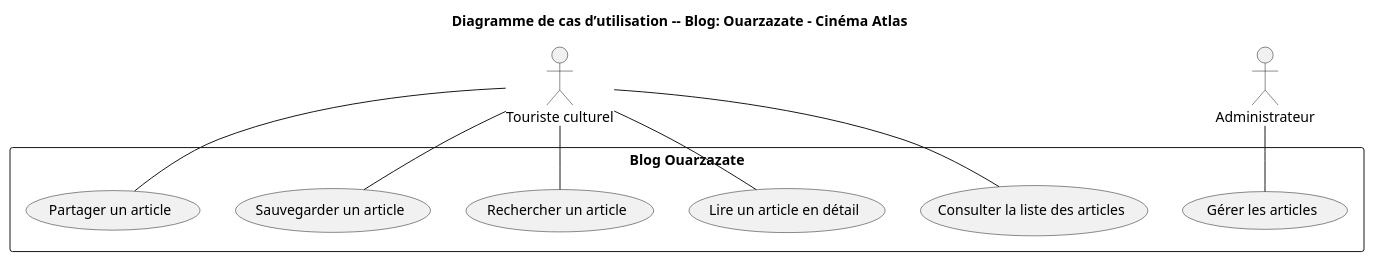
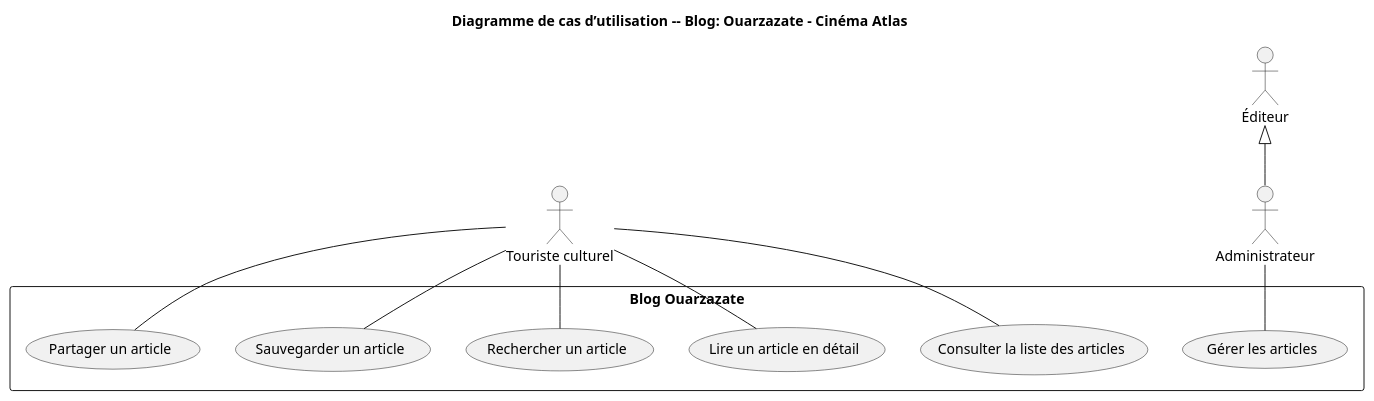
One commit to BENYEKHLEF-Anouar/Analyse-du-besoin changed the diagram in Fonctionnalités principales et cas d’utilisation/Diagramme-UML.puml. Above: the diagram before and after it, drawn with PlantUML.

Commit message:
Add inheritance relationship for Admin actor in UML diagram

```diff
--- a/Fonctionnalités principales et cas d’utilisation/Diagramme-UML.puml
+++ b/Fonctionnalités principales et cas d’utilisation/Diagramme-UML.puml
@@ -1,25 +1,26 @@
 @startuml
 title Diagramme de cas d’utilisation -- Blog: Ouarzazate - Cinéma Atlas
 
 actor "Touriste culturel" as Touriste
 actor "Administrateur" as Admin
+Éditeur <|--  Admin
 
 rectangle "Blog Ouarzazate" {
   
   (Consulter la liste des articles) as UC1
   (Lire un article en détail) as UC2
   (Rechercher un article) as UC3
   (Sauvegarder un article) as UC4
   (Partager un article) as UC5
   (Gérer les articles) as UC6
 }
 
 Touriste -- UC1
 Touriste -- UC2
 Touriste -- UC3
 Touriste -- UC4
 Touriste -- UC5
 
 Admin -- UC6
 
 @enduml
```
